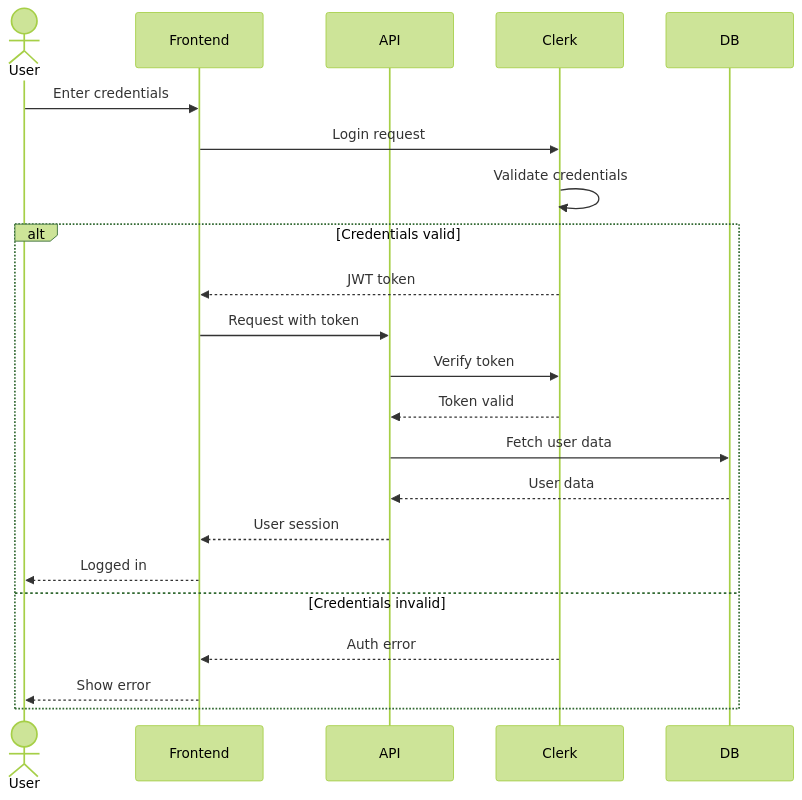
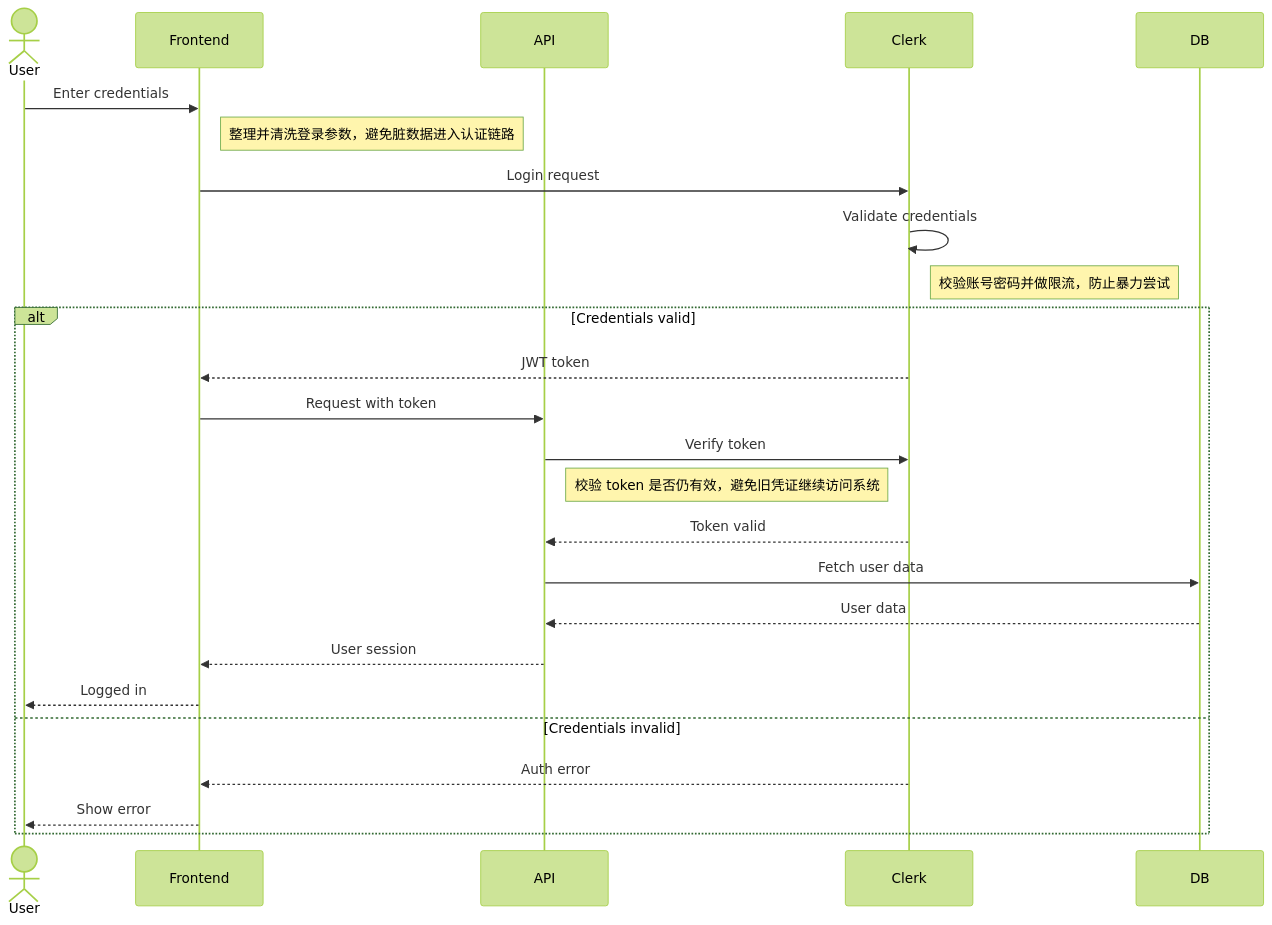
One commit to musegate/Forgevia changed the fourth of 15 diagrams in .claude/skills/mermaid-diagram-specialist/SKILL.md. Above: the diagram before and after it, drawn with Mermaid (forest theme). The commit also changed other lines of this file and 4 other files, not shown here.

````diff
--- a/.claude/skills/mermaid-diagram-specialist/SKILL.md
+++ b/.claude/skills/mermaid-diagram-specialist/SKILL.md
@@ -201,25 +231,28 @@
 ```mermaid
 sequenceDiagram
     actor User
     participant Frontend
     participant API
     participant Clerk
     participant DB
 
     User->>Frontend: Enter credentials
+    Note right of Frontend: 整理并清洗登录参数，避免脏数据进入认证链路
     Frontend->>Clerk: Login request
     Clerk->>Clerk: Validate credentials
+    Note right of Clerk: 校验账号密码并做限流，防止暴力尝试
     alt Credentials valid
         Clerk-->>Frontend: JWT token
         Frontend->>API: Request with token
         API->>Clerk: Verify token
+        Note right of API: 校验 token 是否仍有效，避免旧凭证继续访问系统
         Clerk-->>API: Token valid
         API->>DB: Fetch user data
         DB-->>API: User data
         API-->>Frontend: User session
         Frontend-->>User: Logged in
     else Credentials invalid
         Clerk-->>Frontend: Auth error
         Frontend-->>User: Show error
     end
 ```
````
